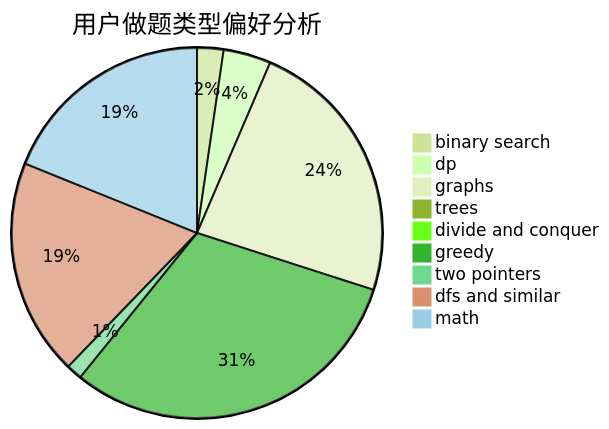
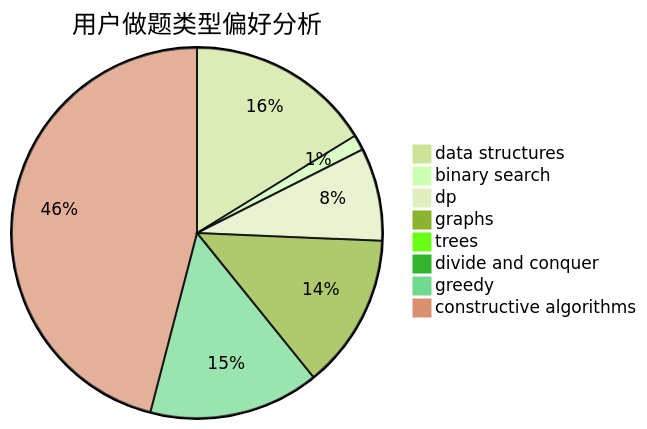
One commit to sherpahu/cfrs.github.io changed the second of 3 diagrams in docs/user/u1710.md. Above: the diagram before and after it, drawn with Mermaid (forest theme). The commit also changed other lines of this file and 2775 other files, not shown here.

````diff
--- a/docs/user/u1710.md
+++ b/docs/user/u1710.md
@@ -23,12 +23,11 @@
 ```mermaid
 pie title 用户做题类型偏好分析
-    "binary search" :  5
-    "dp" :  9
-    "graphs" :  51
+    "data structures" :  12
+    "binary search" :  1
+    "dp" :  6
+    "graphs" :  10
     "trees" :  0
     "divide and conquer" :  0
-    "greedy" :  67
-    "two pointers" :  3
-    "dfs and similar" :  41
-    "math" :  41
+    "greedy" :  11
+    "constructive algorithms" :  34
 ```
````
